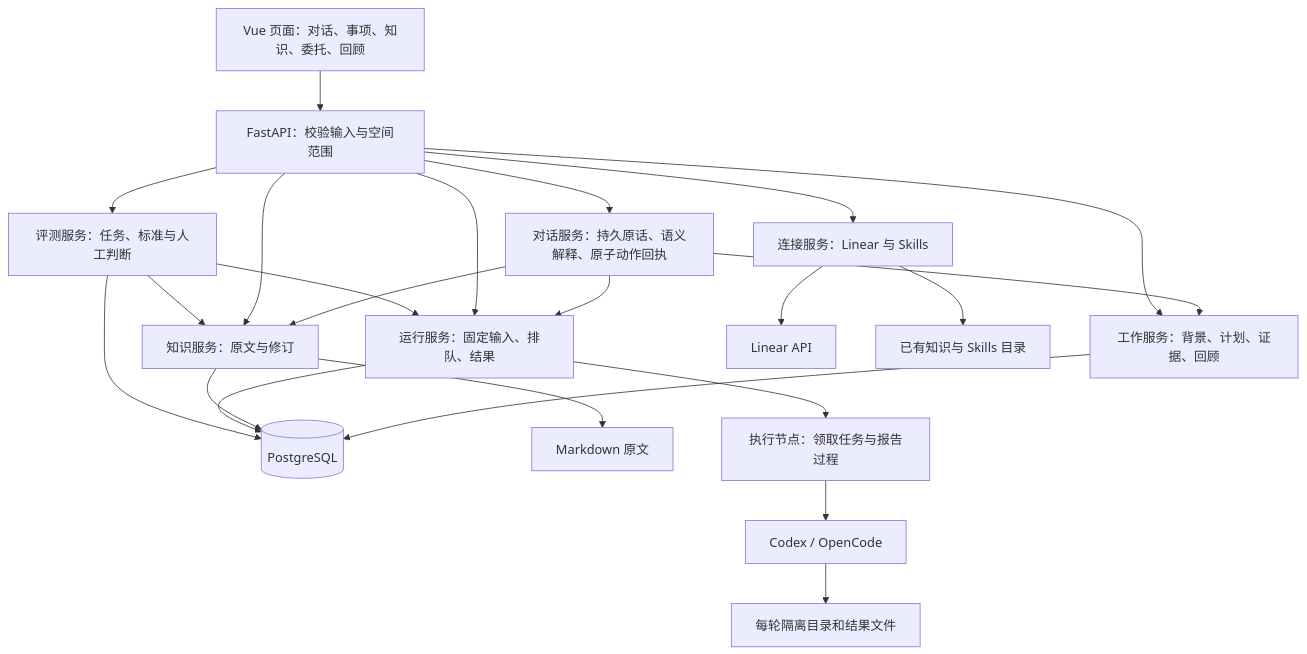
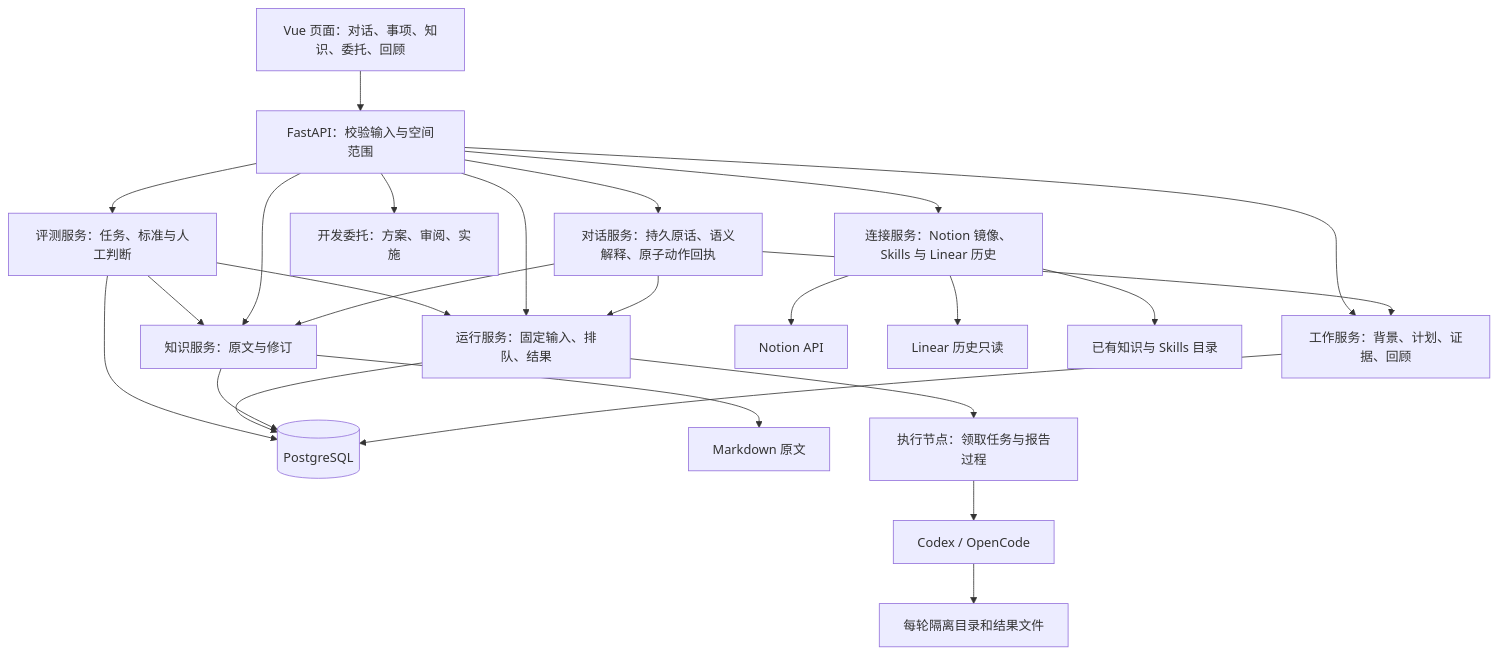
The first of 2 diagrams in docs/architecture.md (pokemonAndCodeMaster/Life-Weave), drawn with Mermaid before and after one commit. The commit also changed other lines of this file and 48 other files, not shown here.

Commit message:
Add observable development assignments and Notion mirror groundwork

````diff
--- a/docs/architecture.md
+++ b/docs/architecture.md
@@ -7,25 +7,27 @@
 ```mermaid
 flowchart TD
     UI[Vue 页面：对话、事项、知识、委托、回顾] --> API[FastAPI：校验输入与空间范围]
     API --> Conversation[对话服务：持久原话、语义解释、原子动作回执]
     Conversation --> Work
     Conversation --> Runtime
     Conversation --> Library
     API --> Work[工作服务：背景、计划、证据、回顾]
     API --> Library[知识服务：原文与修订]
     API --> Runtime[运行服务：固定输入、排队、结果]
-    API --> Links[连接服务：Linear 与 Skills]
+    API --> Links[连接服务：Notion 镜像、Skills 与 Linear 历史]
+    API --> Development[开发委托：方案、审阅、实施]
     API --> Evaluation[评测服务：任务、标准与人工判断]
     Work --> DB[(PostgreSQL)]
     Library --> DB
     Library --> Files[Markdown 原文]
     Runtime --> DB
     Evaluation --> DB
     Evaluation --> Runtime
     Evaluation --> Library
     Runtime --> Worker[执行节点：领取任务与报告过程]
     Worker --> CLI[Codex / OpenCode]
     CLI --> Isolated[每轮隔离目录和结果文件]
-    Links --> Linear[Linear API]
+    Links --> Notion[Notion API]
+    Links --> Linear[Linear 历史只读]
     Links --> Sources[已有知识与 Skills 目录]
 ```
````
